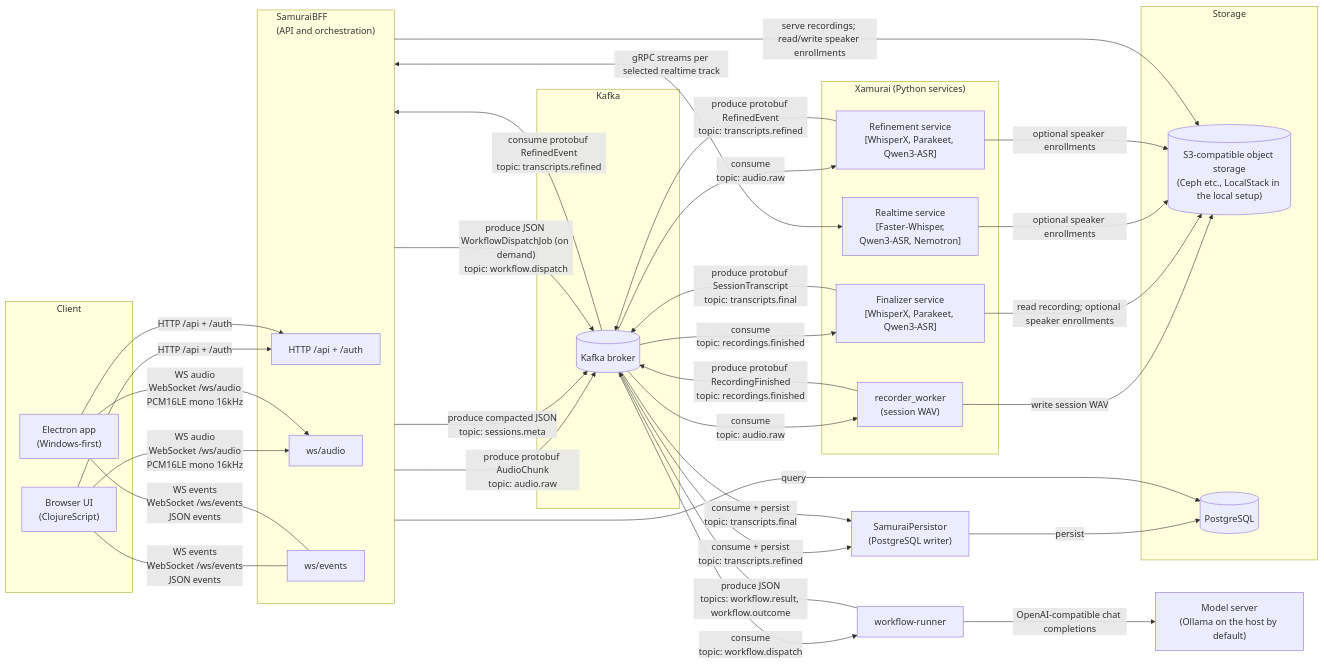
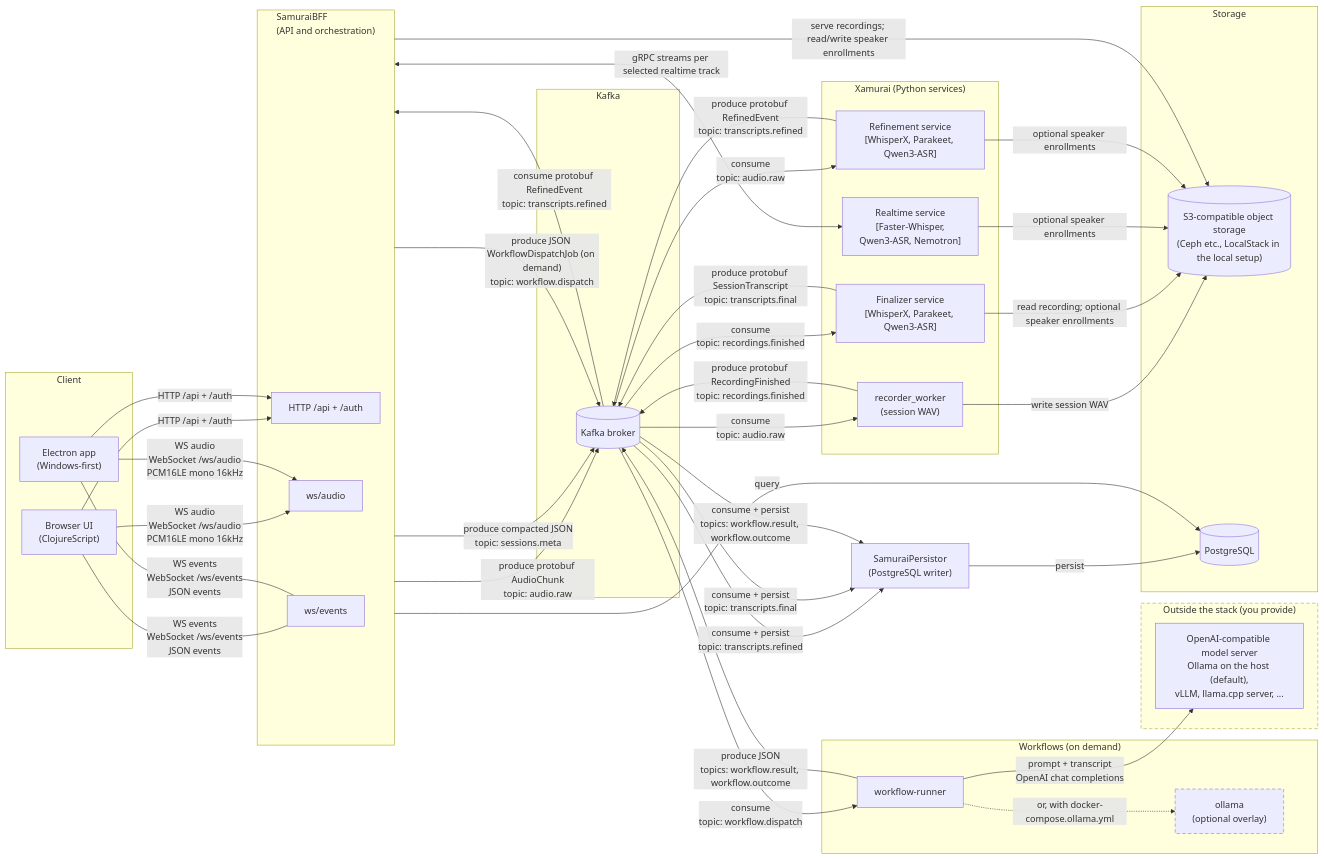
The diagram in README.md (nanosamurai/nanosamurai), drawn with Mermaid before and after one commit. The commit also changed 1 other file, not shown here.

Commit message:
Show the workflow runner and external model server in the overview

````diff
--- a/README.md
+++ b/README.md
@@ -61,68 +61,82 @@
 ```mermaid
 flowchart LR
     subgraph Client
         Browser["Browser UI<br/>(ClojureScript)"]
         Electron["Electron app<br/>(Windows-first)"]
     end
 
     subgraph SamuraiBFF["SamuraiBFF<br/>(API and orchestration)"]
         HTTP[HTTP /api + /auth]
         WSAudio[ws/audio]
         WSEvents[ws/events]
     end
 
     subgraph Xamurai["Xamurai (Python services)"]
         RealtimeService["Realtime service<br/>[Faster-Whisper,<br/>Qwen3-ASR, Nemotron]"]
         RefinementService["Refinement service<br/>[WhisperX, Parakeet, Qwen3-ASR]"]
         RecorderWorker["recorder_worker<br/>(session WAV)"]
         FinalizerService["Finalizer service<br/>[WhisperX, Parakeet, Qwen3-ASR]"]
+    end
+
+    subgraph Workflows["Workflows (on demand)"]
+        WorkflowRunner["workflow-runner"]
+        OllamaInStack["ollama<br/>(optional overlay)"]
+    end
+
+    subgraph External["Outside the stack (you provide)"]
+        ModelServer["OpenAI-compatible model server<br/>Ollama on the host (default),<br/>vLLM, llama.cpp server, ..."]
     end
 
     Browser -->|HTTP /api + /auth| HTTP
     Browser -->|"WS audio<br/>WebSocket /ws/audio<br/>PCM16LE mono 16kHz"| WSAudio
     Browser ---|"WS events<br/>WebSocket /ws/events<br/>JSON events"| WSEvents
 
     Electron -->|HTTP /api + /auth| HTTP
     Electron -->|"WS audio<br/>WebSocket /ws/audio<br/>PCM16LE mono 16kHz"| WSAudio
     Electron ---|"WS events<br/>WebSocket /ws/events<br/>JSON events"| WSEvents
 
     SamuraiBFF <-->|"gRPC streams per selected realtime track"| RealtimeService
 
     subgraph Kafka["Kafka"]
         KafkaBroker[(Kafka broker)]
     end
 
     subgraph Storage["Storage"]
         ObjectStore[("S3-compatible object storage<br/>(Ceph etc., LocalStack in the local setup)")]
         Postgres[(PostgreSQL)]
     end
 
     SamuraiBFF -->|"produce protobuf AudioChunk<br/>topic: audio.raw"| KafkaBroker
     SamuraiBFF -->|"produce compacted JSON<br/>topic: sessions.meta"| KafkaBroker
 
     KafkaBroker -->|"consume protobuf RefinedEvent<br/>topic: transcripts.refined"| SamuraiBFF
     KafkaBroker -->|"consume<br/>topic: audio.raw"| RefinementService
     RefinementService -->|"produce protobuf RefinedEvent<br/>topic: transcripts.refined"| KafkaBroker
 
     KafkaBroker -->|"consume<br/>topic: audio.raw"| RecorderWorker
     RecorderWorker -->|"produce protobuf RecordingFinished<br/>topic: recordings.finished"| KafkaBroker
 
     KafkaBroker -->|"consume<br/>topic: recordings.finished"| FinalizerService
     FinalizerService -->|"produce protobuf SessionTranscript<br/>topic: transcripts.final"| KafkaBroker
 
     SamuraiBFF -->|"produce JSON WorkflowDispatchJob (on demand)<br/>topic: workflow.dispatch"| KafkaBroker
-    KafkaBroker -->|"consume<br/>topic: workflow.dispatch"| WorkflowRunner["workflow-runner"]
-    WorkflowRunner -->|"OpenAI-compatible chat completions"| LLM["Model server<br/>(Ollama on the host by default)"]
+    KafkaBroker -->|"consume<br/>topic: workflow.dispatch"| WorkflowRunner
+    WorkflowRunner -->|"prompt + transcript<br/>OpenAI chat completions"| ModelServer
+    WorkflowRunner -.->|"or, with docker-compose.ollama.yml"| OllamaInStack
     WorkflowRunner -->|"produce JSON<br/>topics: workflow.result, workflow.outcome"| KafkaBroker
 
     RecorderWorker -->|"write session WAV"| ObjectStore
     FinalizerService -->|"read recording; optional speaker enrollments"| ObjectStore
     SamuraiBFF -->|"serve recordings; read/write speaker enrollments"| ObjectStore
     RealtimeService -->|"optional speaker enrollments"| ObjectStore
     RefinementService -->|"optional speaker enrollments"| ObjectStore
 
     KafkaBroker -->|"consume + persist<br/>topic: transcripts.refined"| Persistor["SamuraiPersistor<br/>(PostgreSQL writer)"]
     KafkaBroker -->|"consume + persist<br/>topic: transcripts.final"| Persistor
+    KafkaBroker -->|"consume + persist<br/>topics: workflow.result, workflow.outcome"| Persistor
     Persistor -->|persist| Postgres
     SamuraiBFF -->|query| Postgres
+
+    style External stroke-dasharray: 6 4
+    style OllamaInStack stroke-dasharray: 6 4
 ```
````
